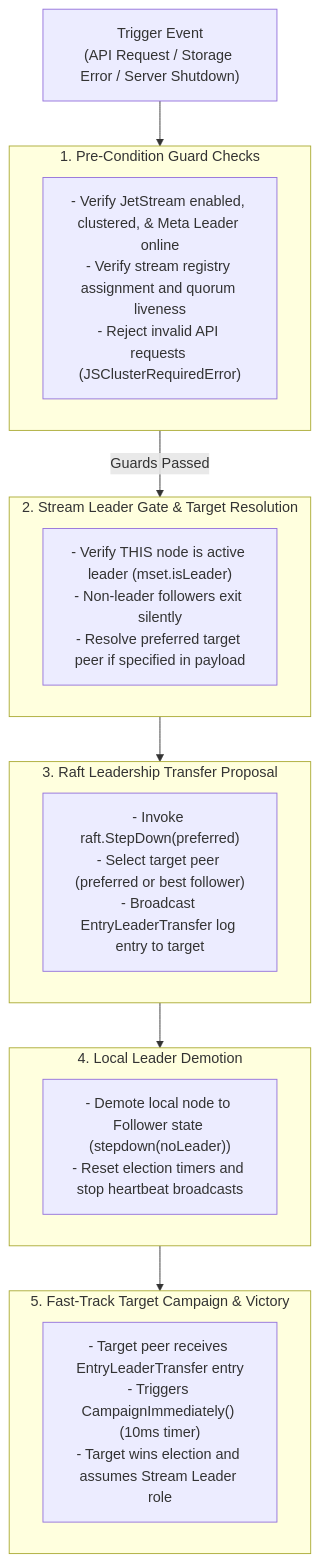
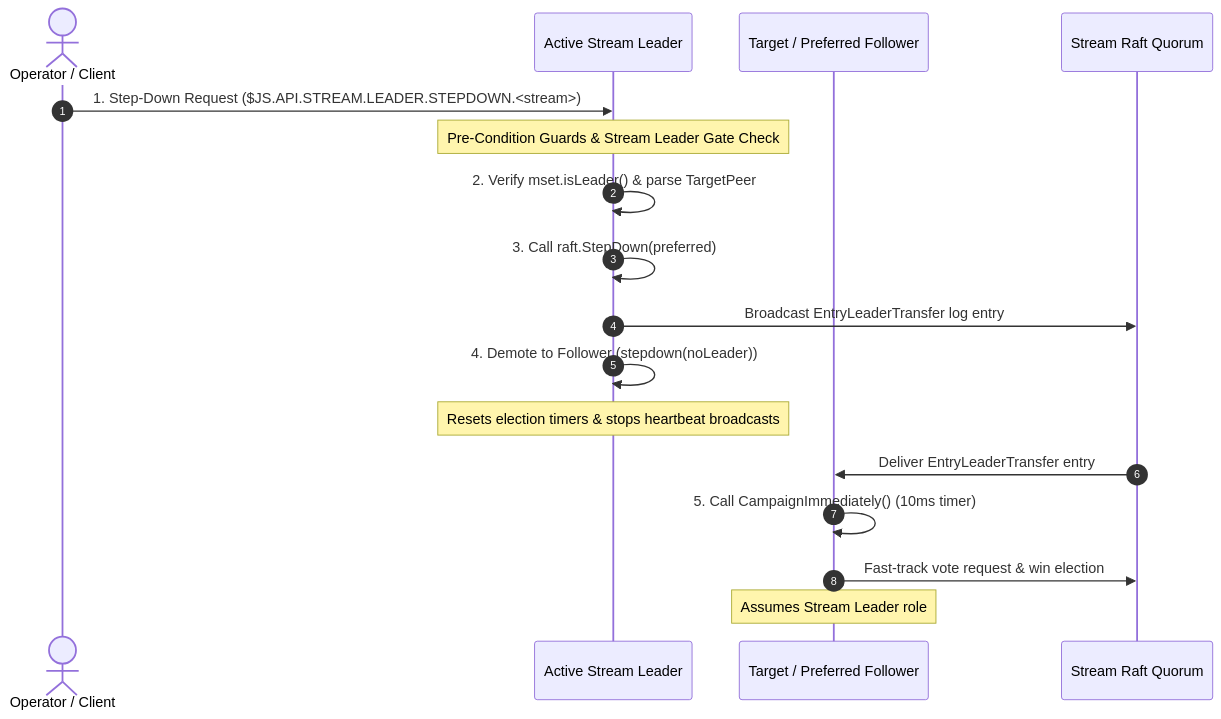
Before and after one commit to hemanthkumar2k19/nats-eval: the diagram in supporting_documentation/streams/lifecycle/cluster-operations/leader-stepdown.md, drawn with Mermaid. The commit also changed other lines of this file and 7 other files, not shown here.

Commit message:
docs: replace cluster operation flowcharts with sequence diagrams in stream lifecycle guides

````diff
--- a/supporting_documentation/streams/lifecycle/cluster-operations/leader-stepdown.md
+++ b/supporting_documentation/streams/lifecycle/cluster-operations/leader-stepdown.md
@@ -36,32 +23,20 @@
 ```mermaid
-flowchart TD
-    Trigger["Trigger Event\n(API Request / Storage Error / Server Shutdown)"] --> Step1
+sequenceDiagram
+    autonumber
+    actor Op as Operator / Client
+    participant Leader as Active Stream Leader
+    participant Target as Target / Preferred Follower
+    participant Quorum as Stream Raft Quorum
 
-    subgraph Step1["1. Pre-Condition Guard Checks"]
-        S1["- Verify JetStream enabled, clustered, & Meta Leader online\n- Verify stream registry assignment and quorum liveness\n- Reject invalid API requests (JSClusterRequiredError)"]
-    end
-
-    Step1 -- "Guards Passed" --> Step2
-
-    subgraph Step2["2. Stream Leader Gate & Target Resolution"]
-        S2["- Verify THIS node is active leader (mset.isLeader)\n- Non-leader followers exit silently\n- Resolve preferred target peer if specified in payload"]
-    end
-
-    Step2 --> Step3
-
-    subgraph Step3["3. Raft Leadership Transfer Proposal"]
-        S3["- Invoke raft.StepDown(preferred)\n- Select target peer (preferred or best follower)\n- Broadcast EntryLeaderTransfer log entry to target"]
-    end
-
-    Step3 --> Step4
-
-    subgraph Step4["4. Local Leader Demotion"]
-        S4["- Demote local node to Follower state (stepdown(noLeader))\n- Reset election timers and stop heartbeat broadcasts"]
-    end
-
-    Step4 --> Step5
-
-    subgraph Step5["5. Fast-Track Target Campaign & Victory"]
-        S5["- Target peer receives EntryLeaderTransfer entry\n- Triggers CampaignImmediately() (10ms timer)\n- Target wins election and assumes Stream Leader role"]
-    end
+    Op->>Leader: 1. Step-Down Request ($JS.API.STREAM.LEADER.STEPDOWN.<stream>)
+    Note over Leader: Pre-Condition Guards & Stream Leader Gate Check
+    Leader->>Leader: 2. Verify mset.isLeader() & parse TargetPeer
+    Leader->>Leader: 3. Call raft.StepDown(preferred)
+    Leader->>Quorum: Broadcast EntryLeaderTransfer log entry
+    Leader->>Leader: 4. Demote to Follower (stepdown(noLeader))
+    Note over Leader: Resets election timers & stops heartbeat broadcasts
+    Quorum->>Target: Deliver EntryLeaderTransfer entry
+    Target->>Target: 5. Call CampaignImmediately() (10ms timer)
+    Target->>Quorum: Fast-track vote request & win election
+    Note over Target: Assumes Stream Leader role
 ```
````
